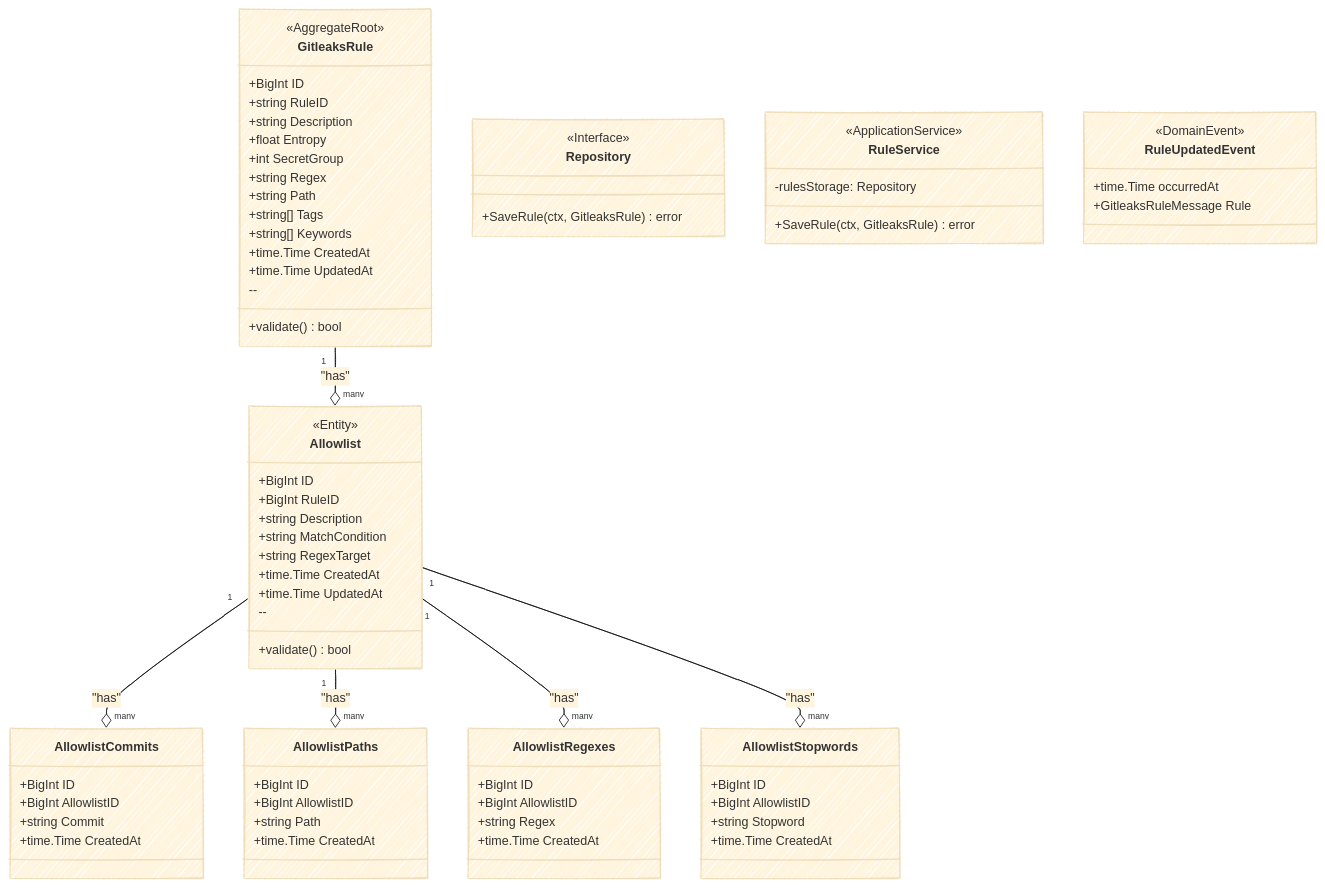
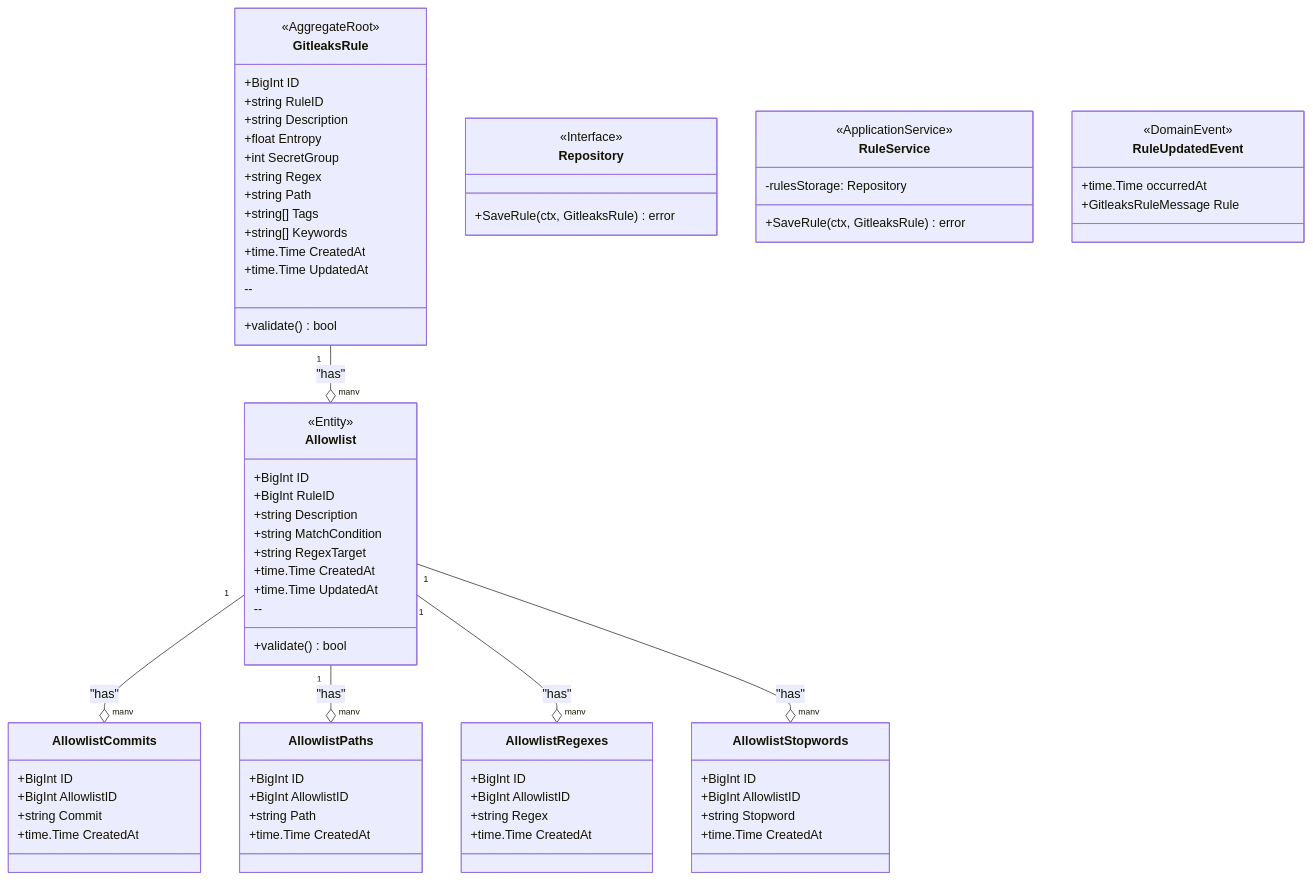
One commit to ahrav/gitleaks-armada changed the diagram in diagrams/rules/model.md. Above: the diagram before and after it, drawn with Mermaid.

````diff
--- a/diagrams/rules/model.md
+++ b/diagrams/rules/model.md
@@ -3,79 +3,74 @@
 ```mermaid
----
-config:
-  theme: base
-  look: handDrawn
----
 classDiagram
     class GitleaksRule {
         <<AggregateRoot>>
         +BigInt ID
         +string RuleID
         +string Description
         +float Entropy
         +int SecretGroup
         +string Regex
         +string Path
         +string[] Tags
         +string[] Keywords
         +time.Time CreatedAt
         +time.Time UpdatedAt
         --
         +validate() bool
     }
     class Allowlist {
         <<Entity>>
         +BigInt ID
         +BigInt RuleID
         +string Description
         +string MatchCondition
         +string RegexTarget
         +time.Time CreatedAt
         +time.Time UpdatedAt
         --
         +validate() bool
     }
     class AllowlistCommits {
         +BigInt ID
         +BigInt AllowlistID
         +string Commit
         +time.Time CreatedAt
     }
     class AllowlistPaths {
         +BigInt ID
         +BigInt AllowlistID
         +string Path
         +time.Time CreatedAt
     }
     class AllowlistRegexes {
         +BigInt ID
         +BigInt AllowlistID
         +string Regex
         +time.Time CreatedAt
     }
     class AllowlistStopwords {
         +BigInt ID
         +BigInt AllowlistID
         +string Stopword
         +time.Time CreatedAt
     }
     GitleaksRule "1" --o "many" Allowlist : "has"
     Allowlist "1" --o "many" AllowlistCommits : "has"
     Allowlist "1" --o "many" AllowlistPaths : "has"
     Allowlist "1" --o "many" AllowlistRegexes : "has"
     Allowlist "1" --o "many" AllowlistStopwords : "has"
     class Repository {
         <<Interface>>
         +SaveRule(ctx, GitleaksRule) error
     }
     class RuleService {
         <<ApplicationService>>
         +SaveRule(ctx, GitleaksRule) error
         -rulesStorage: Repository
     }
     class RuleUpdatedEvent {
         <<DomainEvent>>
         +time.Time occurredAt
         +GitleaksRuleMessage Rule
     }
 ```
````
